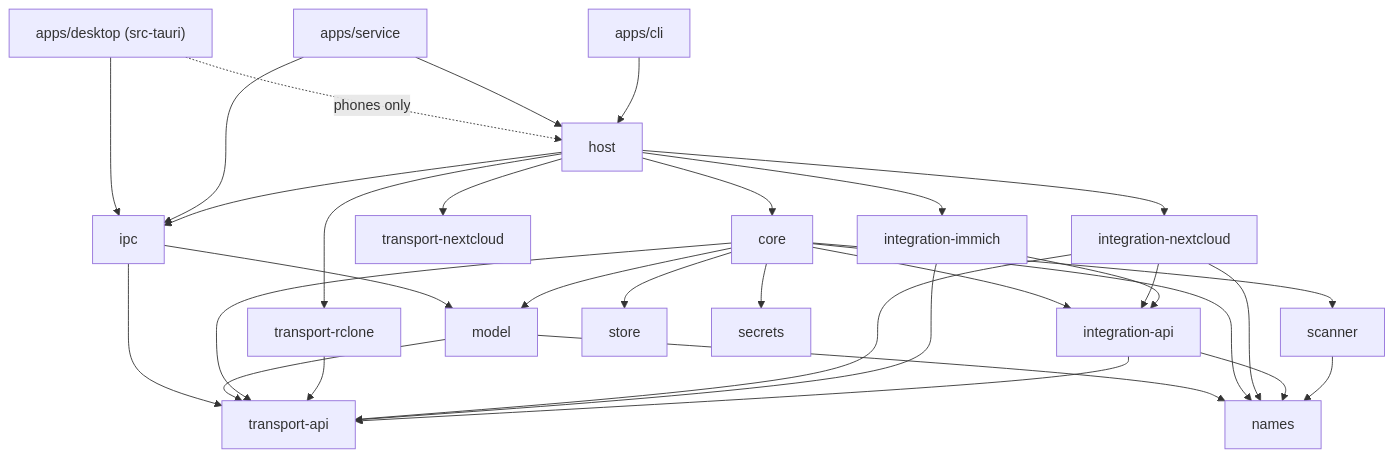
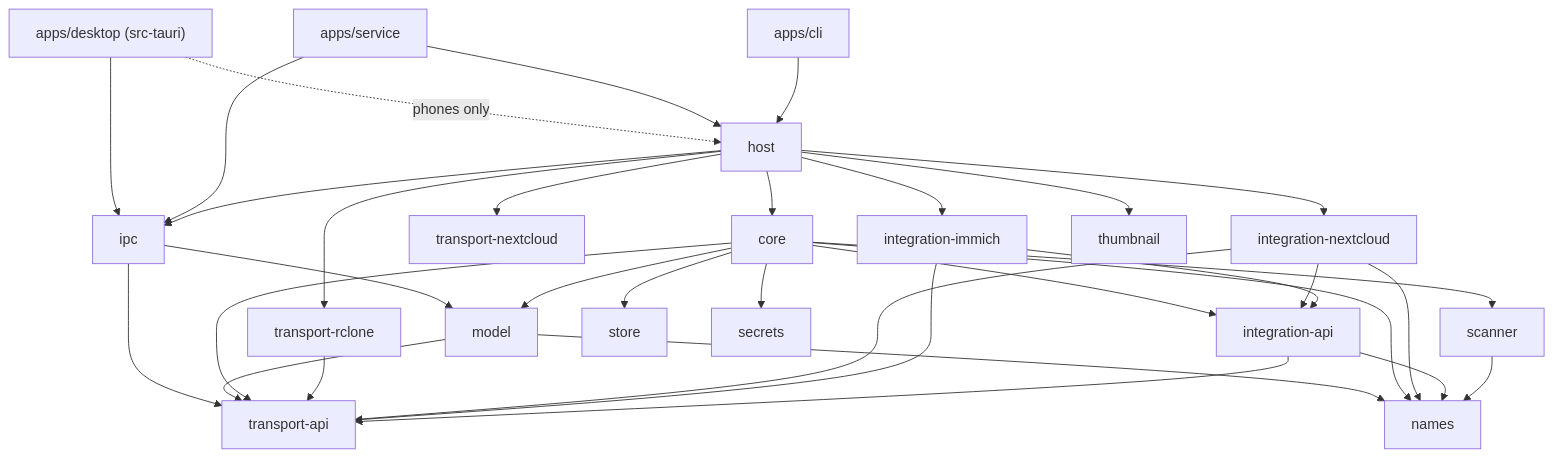
One commit to nevespvasco/filebridge changed the diagram in docs/08-repository-structure.md. Above: the diagram before and after it, drawn with Mermaid. The commit also changed other lines of this file and 33 other files, not shown here.

````diff
--- a/docs/08-repository-structure.md
+++ b/docs/08-repository-structure.md
@@ -42,34 +43,35 @@
 ```mermaid
 flowchart TB
     desktop["apps/desktop (src-tauri)"] --> ipc
     desktop -. "phones only" .-> host
     service["apps/service"] --> ipc
     service --> host
     cli["apps/cli"] --> host
     host --> core
     host --> ipc
     host --> trc["transport-rclone"]
     host --> tnc["transport-nextcloud"]
     host --> inc["integration-nextcloud"]
     host --> iim["integration-immich"]
+    host --> thumb["thumbnail"]
     ipc --> model
     ipc --> tapi
     core --> model
     model --> tapi
     model --> names
     core --> tapi["transport-api"]
     core --> iapi["integration-api"]
     core --> names
     core --> scanner
     core --> store
     core --> secrets
     trc --> tapi
     inc --> iapi
     inc --> tapi
     inc --> names
     iim --> iapi
     iim --> tapi
     iapi --> tapi
     iapi --> names
     scanner --> names
 ```
````
